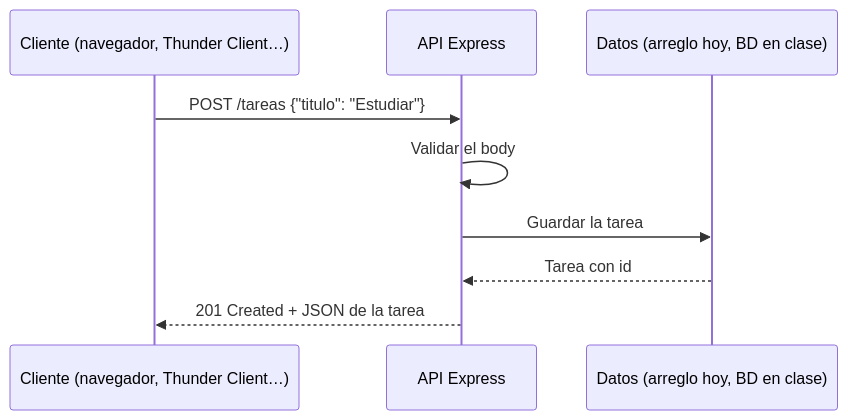
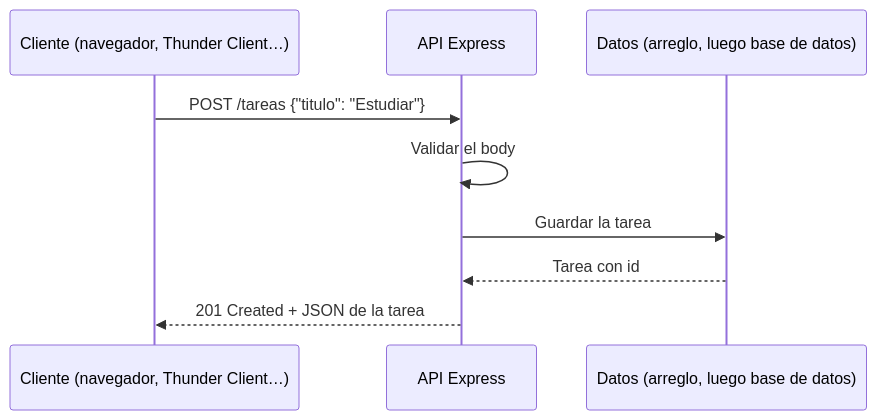
The first of 2 diagrams in README.md (uniajc-gperezm/api-todo-and-contact-list-g611-s2-2026), drawn with Mermaid before and after one commit. The commit also changed other lines of this file and 1 other file, not shown here.

````diff
--- a/README.md
+++ b/README.md
@@ -54,11 +56,11 @@
 ```mermaid
 sequenceDiagram
     participant C as Cliente (navegador, Thunder Client…)
     participant A as API Express
-    participant D as Datos (arreglo hoy, BD en clase)
+    participant D as Datos (arreglo, luego base de datos)
     C->>A: POST /tareas {"titulo": "Estudiar"}
     A->>A: Validar el body
     A->>D: Guardar la tarea
     D-->>A: Tarea con id
     A-->>C: 201 Created + JSON de la tarea
 ```
````
